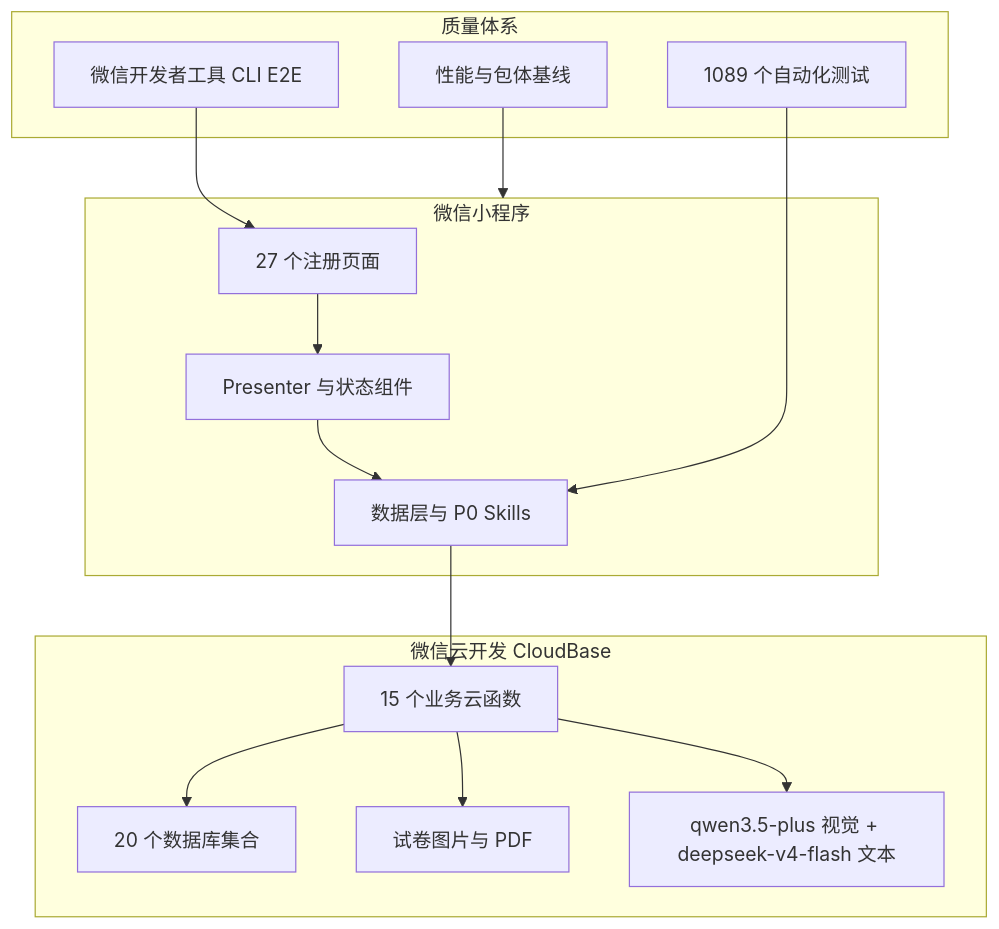
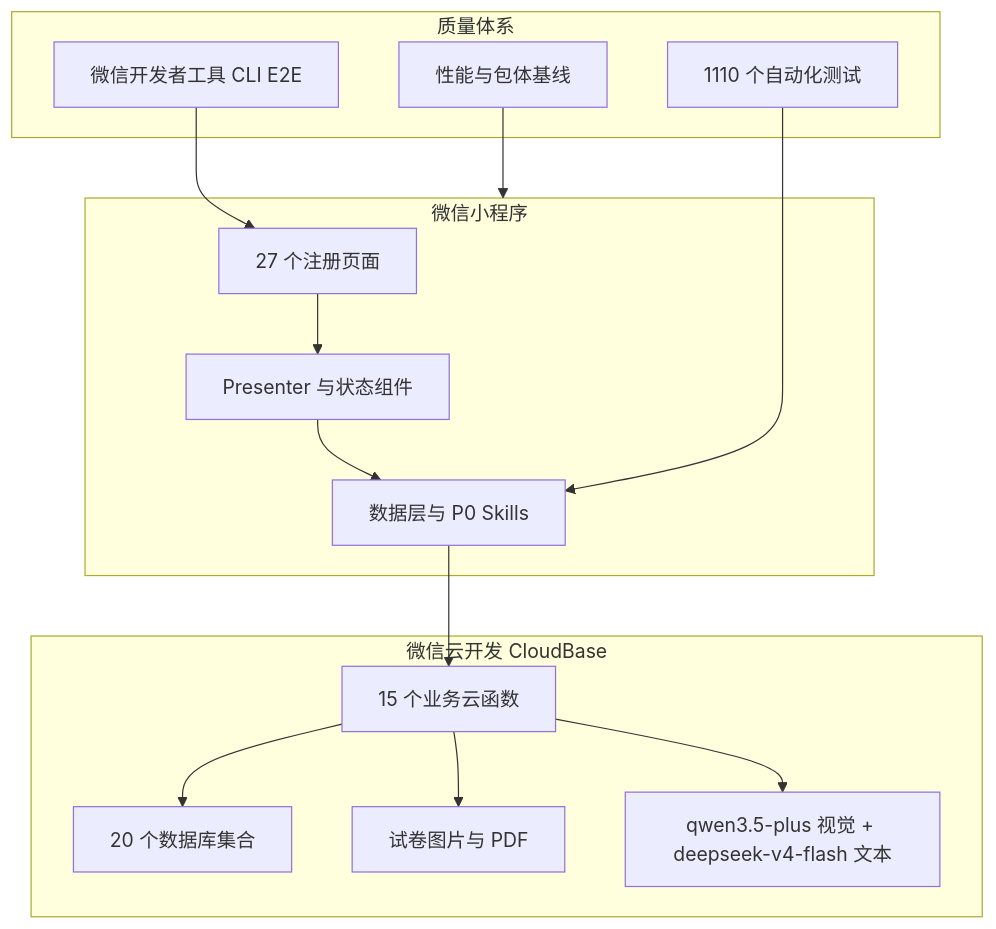
The second of 2 diagrams in README.md (davyzhong/miniprogram-learning-diagnostic), drawn with Mermaid before and after one commit. The commit also changed other lines of this file and 4 other files, not shown here.

````diff
--- a/README.md
+++ b/README.md
@@ -173,26 +173,26 @@
 ```mermaid
 flowchart TB
     subgraph Client[微信小程序]
       Pages[27 个注册页面]
       Presenters[Presenter 与状态组件]
       Services[数据层与 P0 Skills]
     end
     subgraph Cloud[微信云开发 CloudBase]
       Functions[15 个业务云函数]
       Database[20 个数据库集合]
       Storage[试卷图片与 PDF]
       AI[qwen3.5-plus 视觉 + deepseek-v4-flash 文本]
     end
     subgraph Quality[质量体系]
-      Unit[1089 个自动化测试]
+      Unit[1110 个自动化测试]
       CLI[微信开发者工具 CLI E2E]
       Perf[性能与包体基线]
     end
     Pages --> Presenters --> Services --> Functions
     Functions --> Database
     Functions --> Storage
     Functions --> AI
     Unit --> Services
     CLI --> Pages
     Perf --> Client
 ```
````
